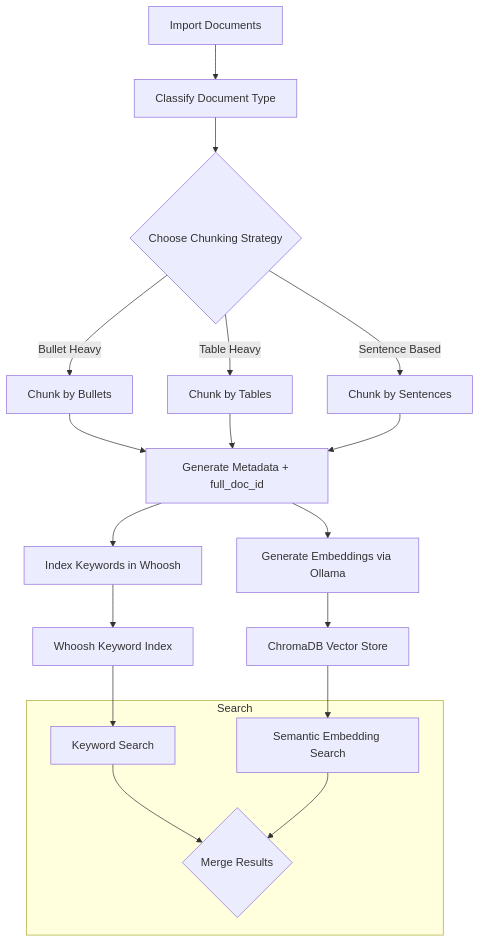
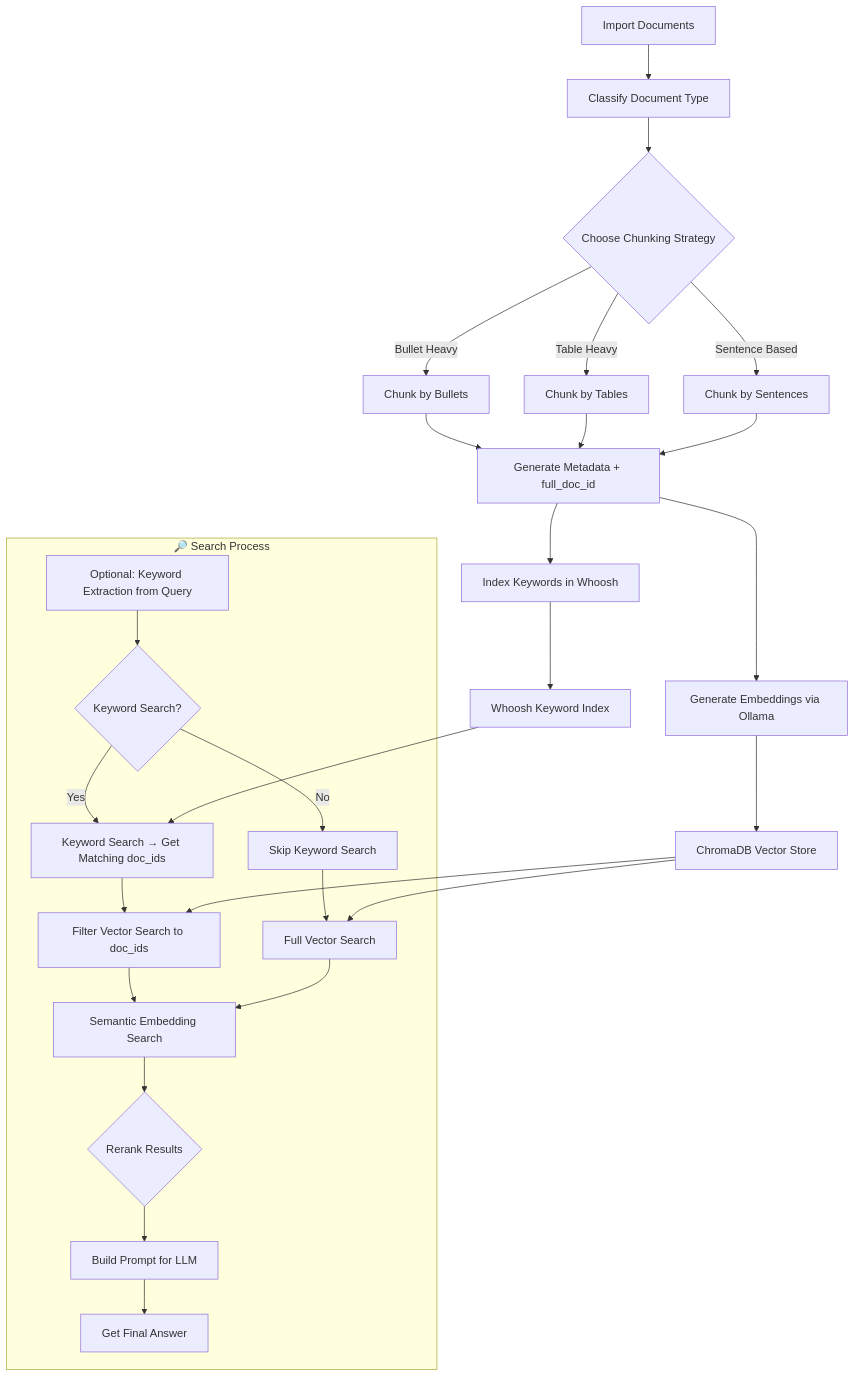
Before and after one commit to johnosbb/Artificial-intelligence: the diagram in Ollama/RAG/flowchart_of_process.md, drawn with Mermaid. The commit also changed 4 other files, not shown here.

````diff
--- a/Ollama/RAG/flowchart_of_process.md
+++ b/Ollama/RAG/flowchart_of_process.md
@@ -1,28 +1,42 @@
 ```mermaid
 flowchart TD
-A[Import Documents] --> B[Classify Document Type]
-B --> C{Choose Chunking Strategy}
-C -->|Bullet Heavy| D[Chunk by Bullets]
-C -->|Table Heavy| E[Chunk by Tables]
-C -->|Sentence Based| F[Chunk by Sentences]
+  A[Import Documents] --> B[Classify Document Type]
+  B --> C{Choose Chunking Strategy}
 
-    D --> G[Generate Metadata + full_doc_id]
-    E --> G
-    F --> G
+  C -->|Bullet Heavy| D[Chunk by Bullets]
+  C -->|Table Heavy| E[Chunk by Tables]
+  C -->|Sentence Based| F[Chunk by Sentences]
 
-    G --> H[Index Keywords in Whoosh]
-    G --> I[Generate Embeddings via Ollama]
+  D --> G[Generate Metadata + full_doc_id]
+  E --> G
+  F --> G
 
-    H --> J[Whoosh Keyword Index]
-    I --> K[ChromaDB Vector Store]
+  G --> H[Index Keywords in Whoosh]
+  G --> I[Generate Embeddings via Ollama]
 
-    subgraph Search
-        L[Keyword Search ]
-        M[Semantic Embedding Search]
-        L --> N{Merge Results}
-        M --> N
-    end
+  H --> J[Whoosh Keyword Index]
+  I --> K[ChromaDB Vector Store]
 
-    J --> L
-    K --> M
+  subgraph Search ["🔎 Search Process"]
+    L1[Optional: Keyword Extraction from Query]
+    L1 --> L2{Keyword Search?}
+
+    L2 -->|Yes| L3[Keyword Search → Get Matching doc_ids]
+    L2 -->|No| L4[Skip Keyword Search]
+
+    L3 --> M1[Filter Vector Search to doc_ids]
+    L4 --> M2[Full Vector Search]
+
+    M1 --> N[Semantic Embedding Search]
+    M2 --> N
+
+    N --> O{ Rerank Results}
+    O --> P[Build Prompt for LLM]
+    P --> Q[Get Final Answer]
+  end
+
+  J --> L3
+  K --> M1
+  K --> M2
+
 ```
````
